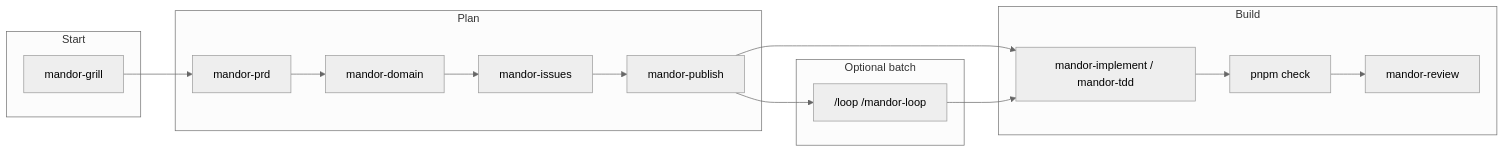
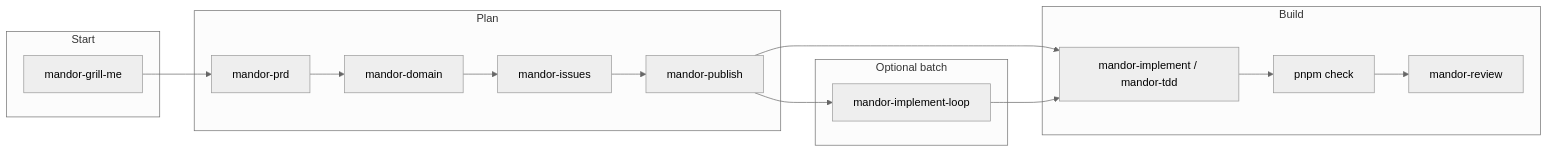
Before and after one commit to achmadya-dev/mandor-plate: the diagram in README.md, drawn with Mermaid (neutral theme). The commit also changed other lines of this file and 13 other files, not shown here.

````diff
--- a/README.md
+++ b/README.md
@@ -126,33 +126,33 @@
 ```mermaid
 flowchart LR
   subgraph start [Start]
-    G[mandor-grill]
+    G[mandor-grill-me]
   end
 
   subgraph plan [Plan]
     P[mandor-prd]
     D[mandor-domain]
     I[mandor-issues]
     Pub[mandor-publish]
   end
 
   subgraph code [Build]
     M[mandor-implement / mandor-tdd]
     C[pnpm check]
     R[mandor-review]
   end
 
   subgraph auto [Optional batch]
-    L["/loop /mandor-loop"]
+    L[mandor-implement-loop]
   end
 
   G --> P
   P --> D
   D --> I
   I --> Pub
   Pub --> M
   M --> C
   C --> R
   Pub --> L
   L --> M
 ```
````
